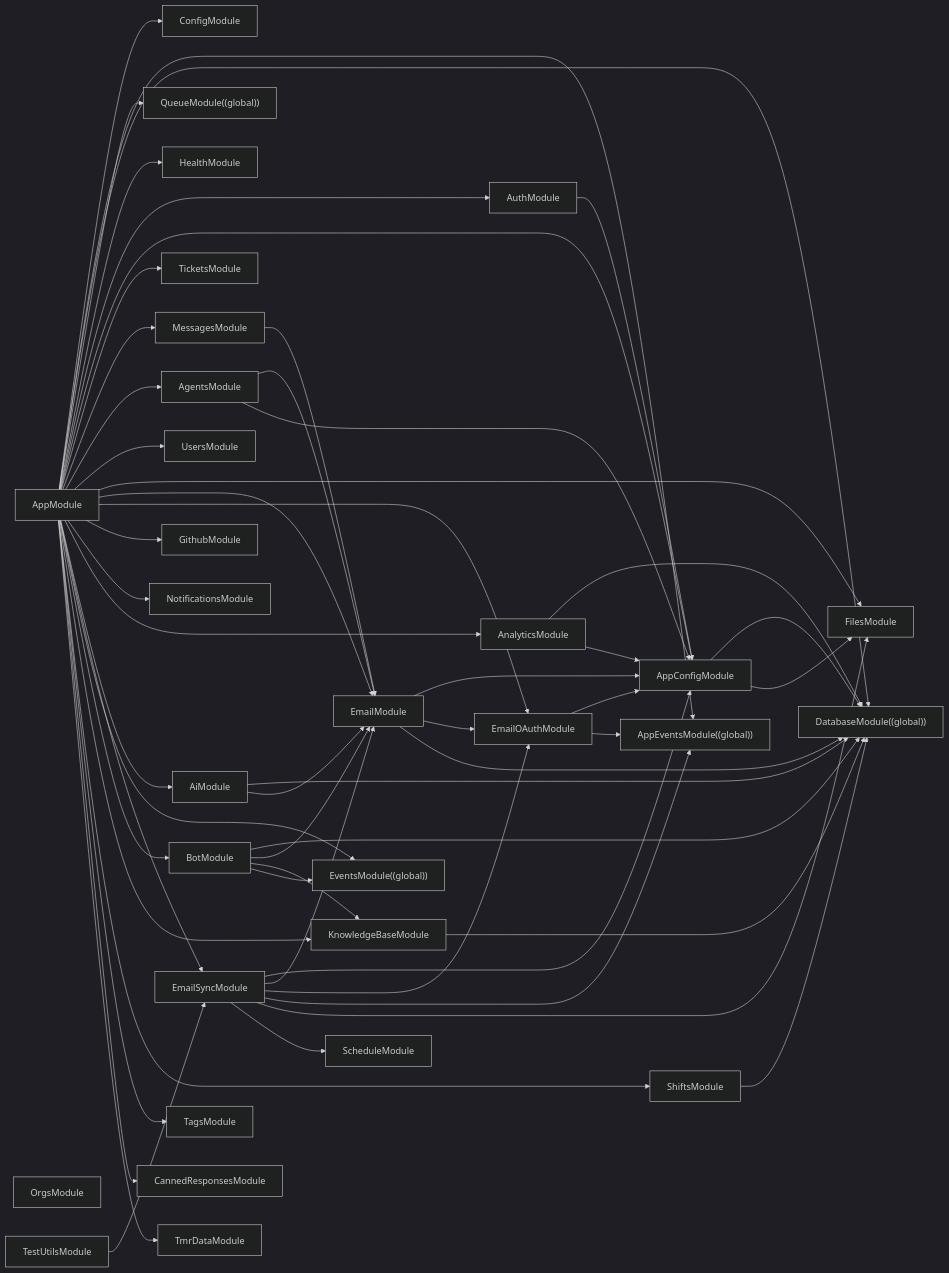
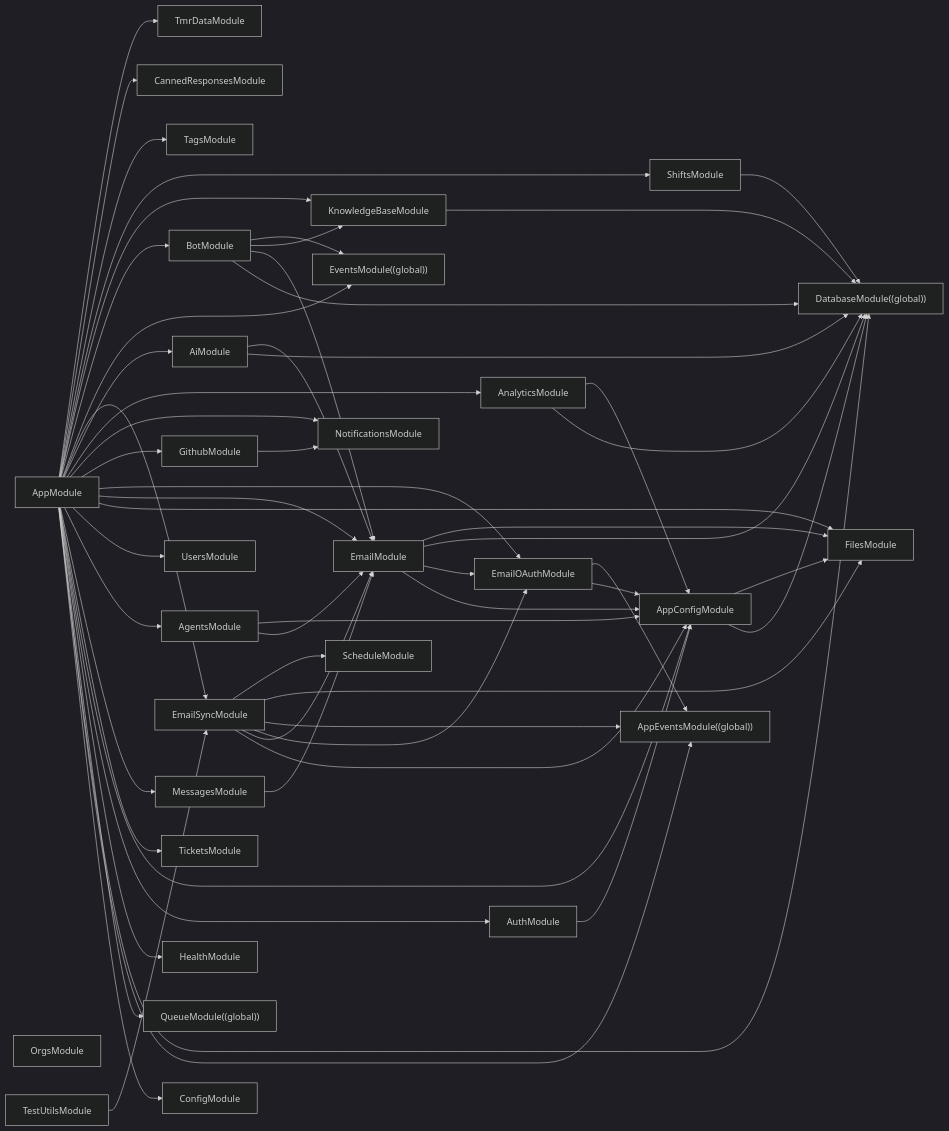
Before and after one commit to Vignesh-Siva96/tmr_athena: the diagram in docs/atlas/_generated/module-graph.md, drawn with Mermaid (dark theme). The commit also changed other lines of this file and 43 other files, not shown here.

````diff
--- a/docs/atlas/_generated/module-graph.md
+++ b/docs/atlas/_generated/module-graph.md
@@ -9,71 +9,72 @@
 ```mermaid
 flowchart LR
   AgentsModule --> EmailModule
   AgentsModule --> AppConfigModule
   AiModule --> DatabaseModule
   AiModule --> EmailModule
   AnalyticsModule --> DatabaseModule
   AnalyticsModule --> AppConfigModule
   AppConfigModule --> DatabaseModule
   AppConfigModule --> FilesModule
   AppEventsModule["AppEventsModule((global))"]
   AppModule --> ConfigModule
   AppModule --> AppEventsModule
   AppModule --> DatabaseModule
   AppModule --> QueueModule
   AppModule --> HealthModule
   AppModule --> AuthModule
   AppModule --> AppConfigModule
   AppModule --> TicketsModule
   AppModule --> MessagesModule
   AppModule --> AgentsModule
   AppModule --> UsersModule
   AppModule --> FilesModule
   AppModule --> EmailModule
   AppModule --> EmailOAuthModule
   AppModule --> GithubModule
   AppModule --> NotificationsModule
   AppModule --> AnalyticsModule
   AppModule --> AiModule
   AppModule --> EmailSyncModule
   AppModule --> EventsModule
   AppModule --> BotModule
   AppModule --> KnowledgeBaseModule
   AppModule --> ShiftsModule
   AppModule --> TagsModule
   AppModule --> CannedResponsesModule
   AppModule --> TmrDataModule
   AuthModule --> AppConfigModule
   BotModule --> DatabaseModule
   BotModule --> EmailModule
   BotModule --> KnowledgeBaseModule
   BotModule --> EventsModule
   CannedResponsesModule["CannedResponsesModule"]
   DatabaseModule["DatabaseModule((global))"]
   EmailModule --> AppConfigModule
   EmailModule --> EmailOAuthModule
   EmailModule --> DatabaseModule
+  EmailModule --> FilesModule
   EmailOAuthModule --> AppConfigModule
   EmailOAuthModule --> AppEventsModule
   EmailSyncModule --> AppConfigModule
   EmailSyncModule --> EmailModule
   EmailSyncModule --> EmailOAuthModule
   EmailSyncModule --> AppEventsModule
   EmailSyncModule --> FilesModule
   EmailSyncModule --> ScheduleModule
   EventsModule["EventsModule((global))"]
   FilesModule["FilesModule"]
-  GithubModule["GithubModule"]
+  GithubModule --> NotificationsModule
   HealthModule["HealthModule"]
   KnowledgeBaseModule --> DatabaseModule
   MessagesModule --> EmailModule
   NotificationsModule["NotificationsModule"]
   OrgsModule["OrgsModule"]
   QueueModule["QueueModule((global))"]
   ShiftsModule --> DatabaseModule
   TagsModule["TagsModule"]
   TestUtilsModule --> EmailSyncModule
   TicketsModule["TicketsModule"]
   TmrDataModule["TmrDataModule"]
   UsersModule["UsersModule"]
 ```
````
